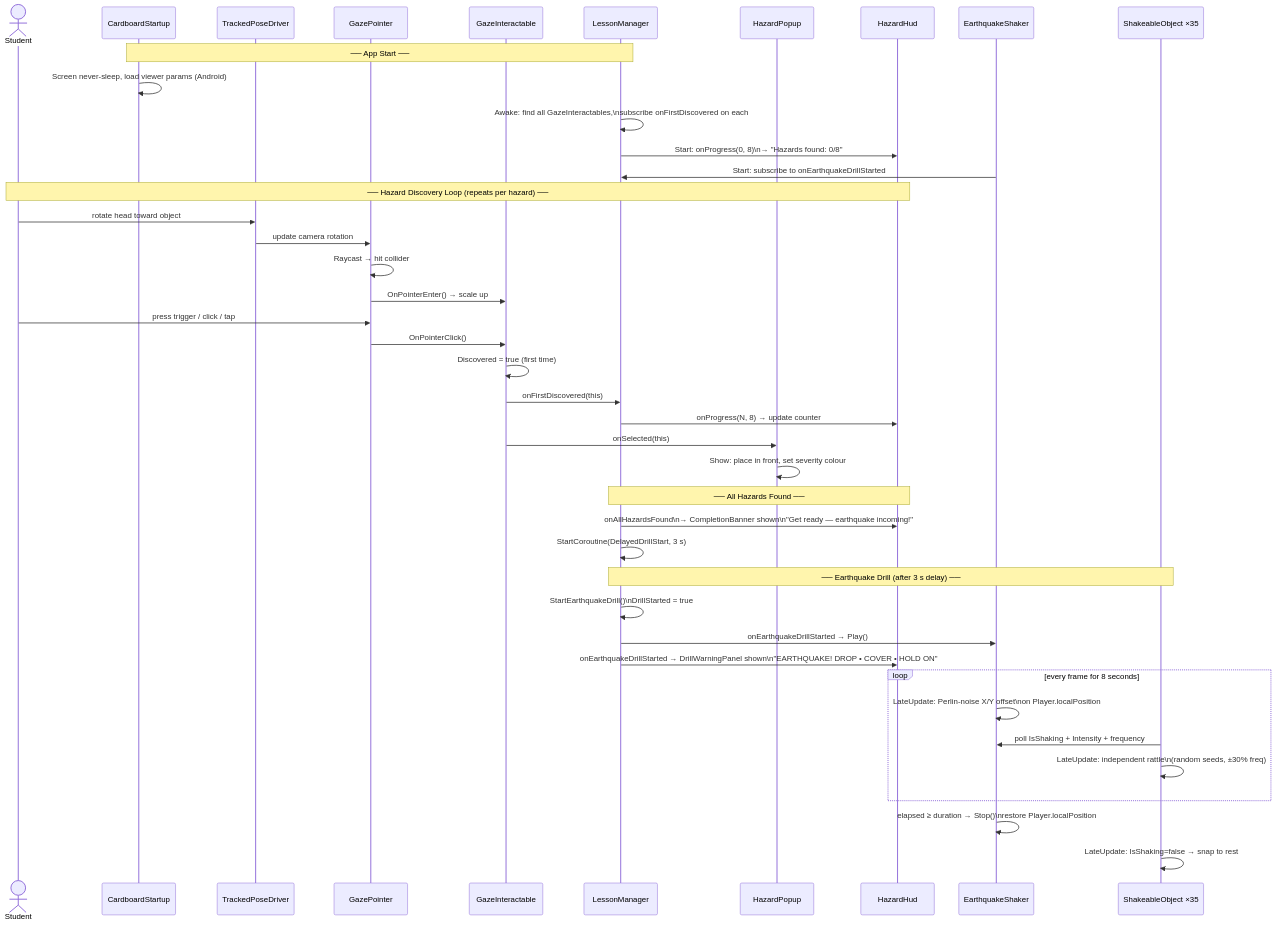
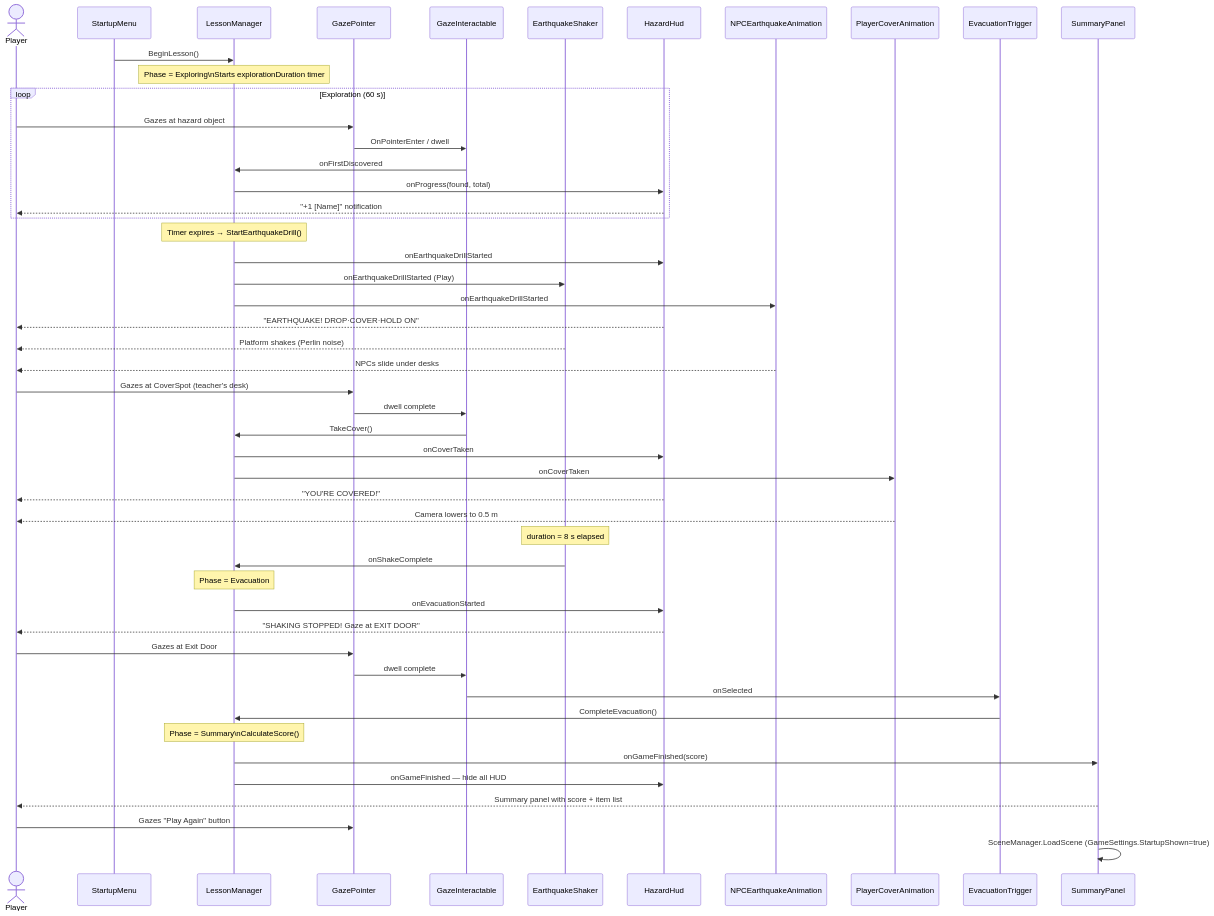
Before and after one commit to ikhsanurasidb/EarthquakeSim: the fourth of 5 diagrams in ARCHITECTURE.md, drawn with Mermaid. The commit also changed other lines of this file and 1 other file, not shown here.

````diff
--- a/ARCHITECTURE.md
+++ b/ARCHITECTURE.md
@@ -450,50 +294,60 @@
 ```mermaid
 sequenceDiagram
-    actor Student
-    participant CS as CardboardStartup
-    participant TPD as TrackedPoseDriver
+    actor Player
+
+    participant SM as StartupMenu
+    participant LM as LessonManager
     participant GP as GazePointer
     participant GI as GazeInteractable
-    participant LM as LessonManager
-    participant HP as HazardPopup
+    participant ES as EarthquakeShaker
     participant HH as HazardHud
-    participant ES as EarthquakeShaker
-    participant SO as ShakeableObject ×35
+    participant NPC as NPCEarthquakeAnimation
+    participant PCA as PlayerCoverAnimation
+    participant ET as EvacuationTrigger
+    participant SP as SummaryPanel
 
-    Note over CS,LM: ── App Start ──
-    CS->>CS: Screen never-sleep, load viewer params (Android)
-    LM->>LM: Awake: find all GazeInteractables,\nsubscribe onFirstDiscovered on each
-    LM->>HH: Start: onProgress(0, 8)\n→ "Hazards found: 0/8"
-    ES->>LM: Start: subscribe to onEarthquakeDrillStarted
+    SM->>LM: BeginLesson()
+    Note over LM: Phase = Exploring\nStarts explorationDuration timer
 
-    Note over Student,HH: ── Hazard Discovery Loop (repeats per hazard) ──
-    Student->>TPD: rotate head toward object
-    TPD->>GP: update camera rotation
-    GP->>GP: Raycast → hit collider
-    GP->>GI: OnPointerEnter() → scale up
-    Student->>GP: press trigger / click / tap
-    GP->>GI: OnPointerClick()
-    GI->>GI: Discovered = true (first time)
-    GI->>LM: onFirstDiscovered(this)
-    LM->>HH: onProgress(N, 8) → update counter
-    GI->>HP: onSelected(this)
-    HP->>HP: Show: place in front, set severity colour
-
-    Note over LM,HH: ── All Hazards Found ──
-    LM->>HH: onAllHazardsFound\n→ CompletionBanner shown\n"Get ready — earthquake incoming!"
-    LM->>LM: StartCoroutine(DelayedDrillStart, 3 s)
-
-    Note over LM,SO: ── Earthquake Drill (after 3 s delay) ──
-    LM->>LM: StartEarthquakeDrill()\nDrillStarted = true
-    LM->>ES: onEarthquakeDrillStarted → Play()
-    LM->>HH: onEarthquakeDrillStarted → DrillWarningPanel shown\n"EARTHQUAKE! DROP • COVER • HOLD ON"
-
-    loop every frame for 8 seconds
-        ES->>ES: LateUpdate: Perlin-noise X/Y offset\non Player.localPosition
-        SO->>ES: poll IsShaking + Intensity + frequency
-        SO->>SO: LateUpdate: independent rattle\n(random seeds, ±30% freq)
+    loop Exploration (60 s)
+        Player->>GP: Gazes at hazard object
+        GP->>GI: OnPointerEnter / dwell
+        GI->>LM: onFirstDiscovered
+        LM->>HH: onProgress(found, total)
+        HH-->>Player: "+1 [Name]" notification
     end
 
-    ES->>ES: elapsed ≥ duration → Stop()\nrestore Player.localPosition
-    SO->>SO: LateUpdate: IsShaking=false → snap to rest
+    Note over LM: Timer expires → StartEarthquakeDrill()
+    LM->>HH: onEarthquakeDrillStarted
+    LM->>ES: onEarthquakeDrillStarted (Play)
+    LM->>NPC: onEarthquakeDrillStarted
+    HH-->>Player: "EARTHQUAKE! DROP·COVER·HOLD ON"
+    ES-->>Player: Platform shakes (Perlin noise)
+    NPC-->>Player: NPCs slide under desks
+
+    Player->>GP: Gazes at CoverSpot (teacher's desk)
+    GP->>GI: dwell complete
+    GI->>LM: TakeCover()
+    LM->>HH: onCoverTaken
+    LM->>PCA: onCoverTaken
+    HH-->>Player: "YOU'RE COVERED!"
+    PCA-->>Player: Camera lowers to 0.5 m
+
+    Note over ES: duration = 8 s elapsed
+    ES->>LM: onShakeComplete
+    Note over LM: Phase = Evacuation
+    LM->>HH: onEvacuationStarted
+    HH-->>Player: "SHAKING STOPPED! Gaze at EXIT DOOR"
+
+    Player->>GP: Gazes at Exit Door
+    GP->>GI: dwell complete
+    GI->>ET: onSelected
+    ET->>LM: CompleteEvacuation()
+    Note over LM: Phase = Summary\nCalculateScore()
+    LM->>SP: onGameFinished(score)
+    LM->>HH: onGameFinished — hide all HUD
+    SP-->>Player: Summary panel with score + item list
+
+    Player->>GP: Gazes "Play Again" button
+    SP->>SP: SceneManager.LoadScene (GameSettings.StartupShown=true)
 ```
````
